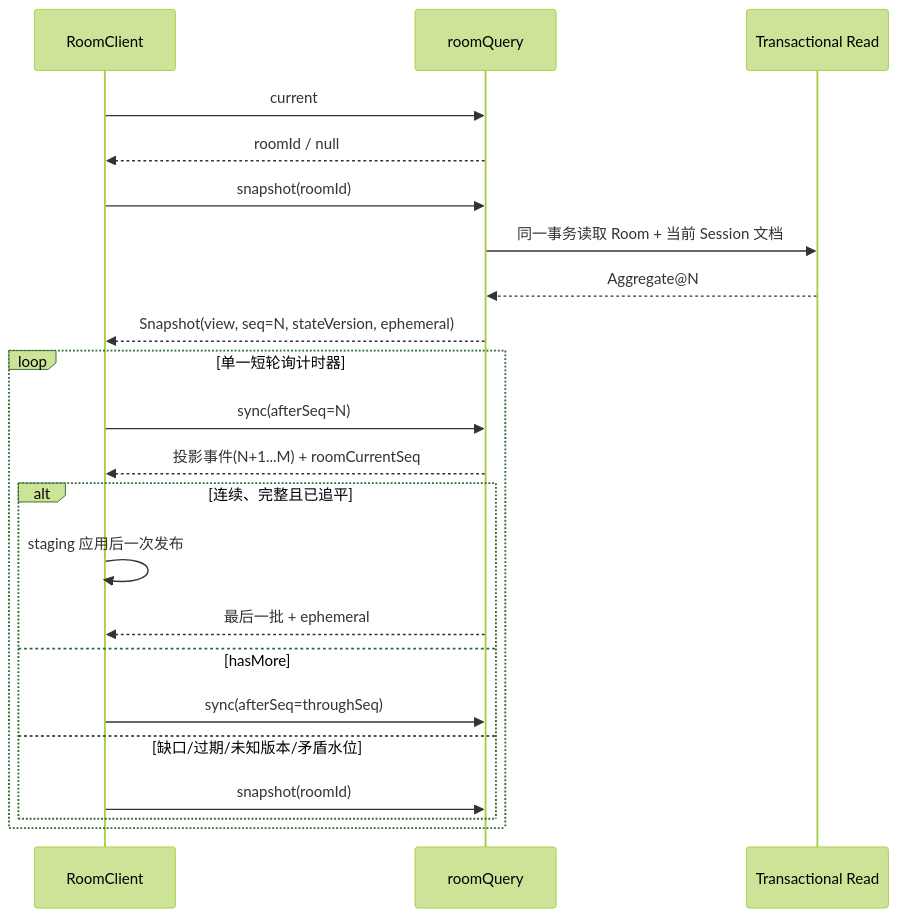
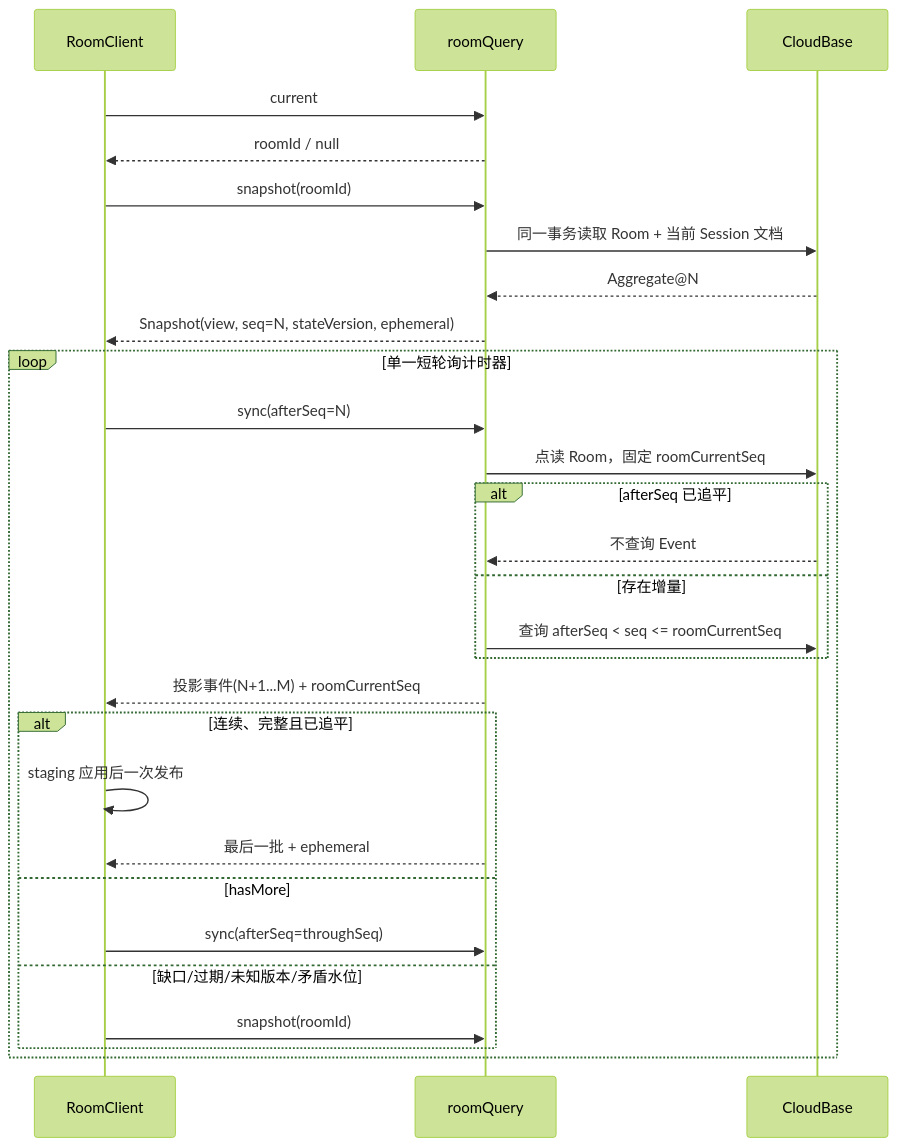
Before and after one commit to Bubble-419/cardboard-miniprogram: the tenth of 21 diagrams in docs/ROOM_PROTOCOL_V3_IMPLEMENTATION.md, drawn with Mermaid (forest theme). The commit also changed other lines of this file and 54 other files, not shown here.

Commit message:
test(room): add tests for CloudBase sync and event handling

````diff
--- a/docs/ROOM_PROTOCOL_V3_IMPLEMENTATION.md
+++ b/docs/ROOM_PROTOCOL_V3_IMPLEMENTATION.md
@@ -272,26 +275,32 @@
 ```mermaid
 sequenceDiagram
   participant C as RoomClient
   participant Q as roomQuery
-  participant DB as Transactional Read
+  participant DB as CloudBase
 
   C->>Q: current
   Q-->>C: roomId / null
   C->>Q: snapshot(roomId)
   Q->>DB: 同一事务读取 Room + 当前 Session 文档
   DB-->>Q: Aggregate@N
   Q-->>C: Snapshot(view, seq=N, stateVersion, ephemeral)
 
   loop 单一短轮询计时器
     C->>Q: sync(afterSeq=N)
+    Q->>DB: 点读 Room，固定 roomCurrentSeq
+    alt afterSeq 已追平
+      DB-->>Q: 不查询 Event
+    else 存在增量
+      Q->>DB: 查询 afterSeq < seq <= roomCurrentSeq
+    end
     Q-->>C: 投影事件(N+1...M) + roomCurrentSeq
     alt 连续、完整且已追平
       C->>C: staging 应用后一次发布
       Q-->>C: 最后一批 + ephemeral
     else hasMore
       C->>Q: sync(afterSeq=throughSeq)
     else 缺口/过期/未知版本/矛盾水位
       C->>Q: snapshot(roomId)
     end
   end
 ```
````
